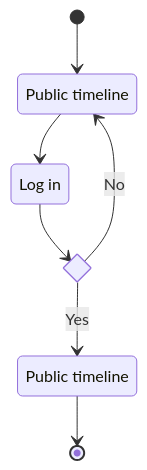
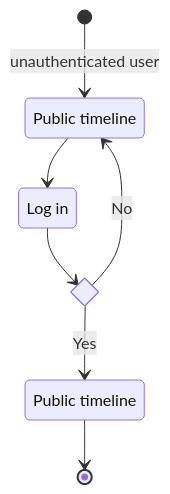
One commit to ITU-BDSA23-GROUP7/Chirp changed the third of 12 diagrams in docs/report.md. Above: the diagram before and after it, drawn with Mermaid. The commit also changed other lines of this file, not shown here.

Commit message:
User journey in report

````diff
--- a/docs/report.md
+++ b/docs/report.md
@@ -65,14 +83,14 @@
 ```mermaid
 stateDiagram-v2
     state "Public timeline" as public
     state "Public timeline" as public2
     state "Log in" as login
     state if_state <<choice>>
 
-    [*] --> public
+    [*] --> public: unauthenticated user
     public --> login
     login --> if_state
     if_state --> public : No
     if_state --> public2 : Yes
     public2 --> [*]
 ```
````
